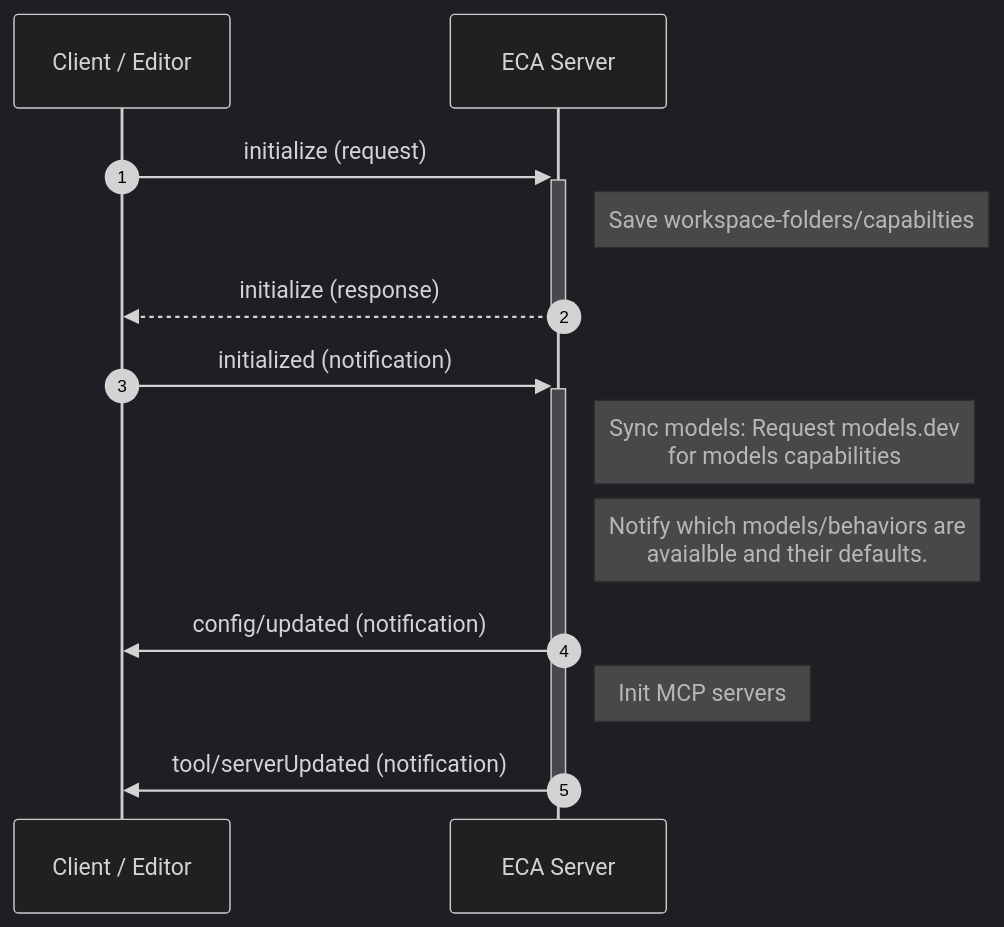
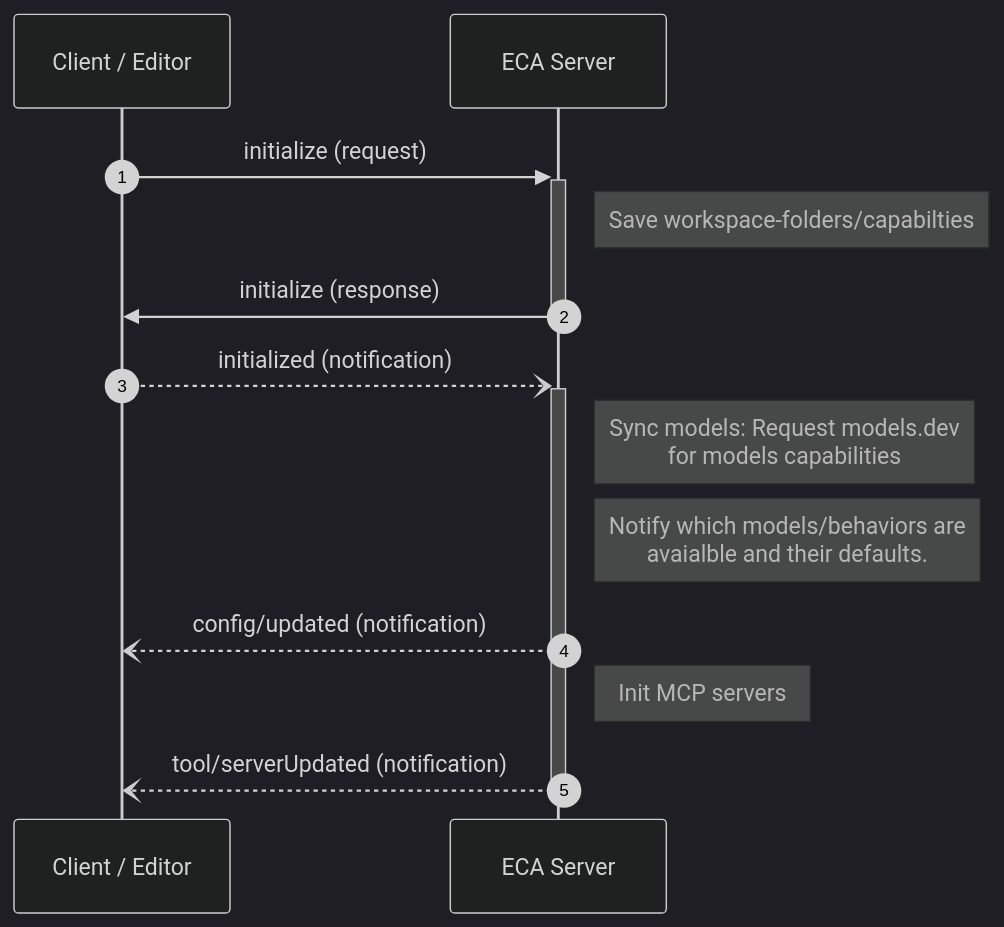
One commit to emerson-matos/eca changed the first of 3 diagrams in docs/protocol.md. Above: the diagram before and after it, drawn with Mermaid (dark theme). The commit also changed other lines of this file, not shown here.

````diff
--- a/docs/protocol.md
+++ b/docs/protocol.md
@@ -58,15 +58,15 @@
     ```mermaid
     sequenceDiagram
         autonumber
         participant C as Client / Editor
         participant S as ECA Server
         C->>+S: initialize (request)
         Note right of S: Save workspace-folders/capabilties
-        S-->>-C: initialize (response)
-        C->>+S: initialized (notification)
+        S->>-C: initialize (response)
+        C--)+S: initialized (notification)
         Note right of S: Sync models: Request models.dev <br/>for models capabilities
         Note right of S: Notify which models/behaviors are <br/>avaialble and their defaults.
-        S->>C: config/updated (notification)
+        S--)C: config/updated (notification)
         Note right of S: Init MCP servers
-        S->>-C: tool/serverUpdated (notification)
+        S--)-C: tool/serverUpdated (notification)
     ```
````
